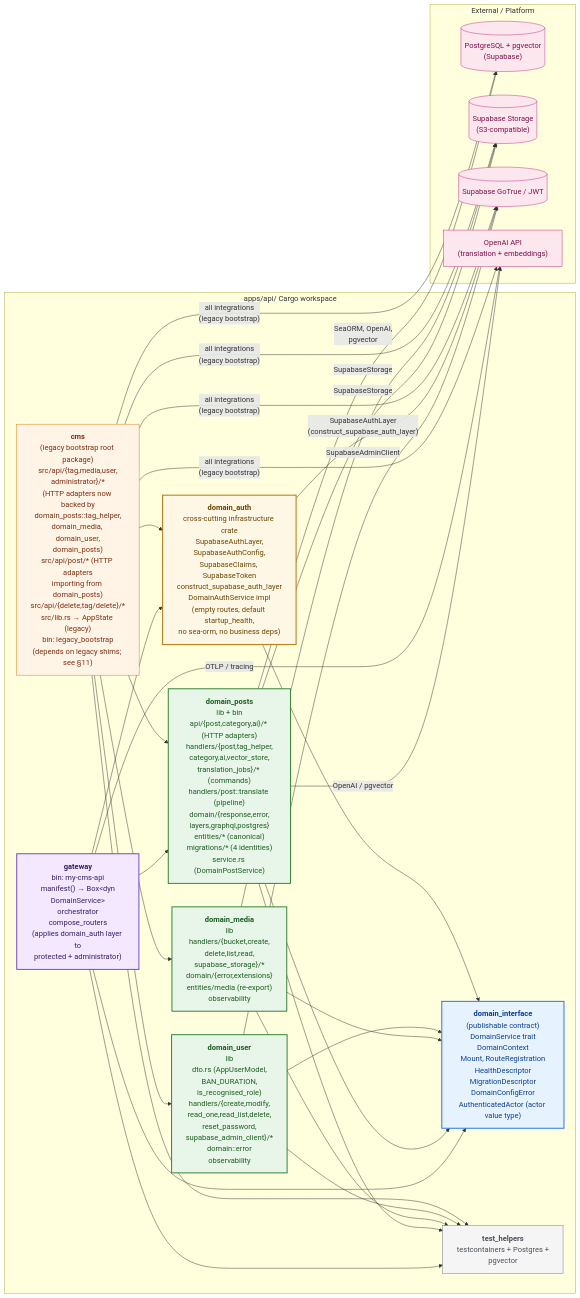
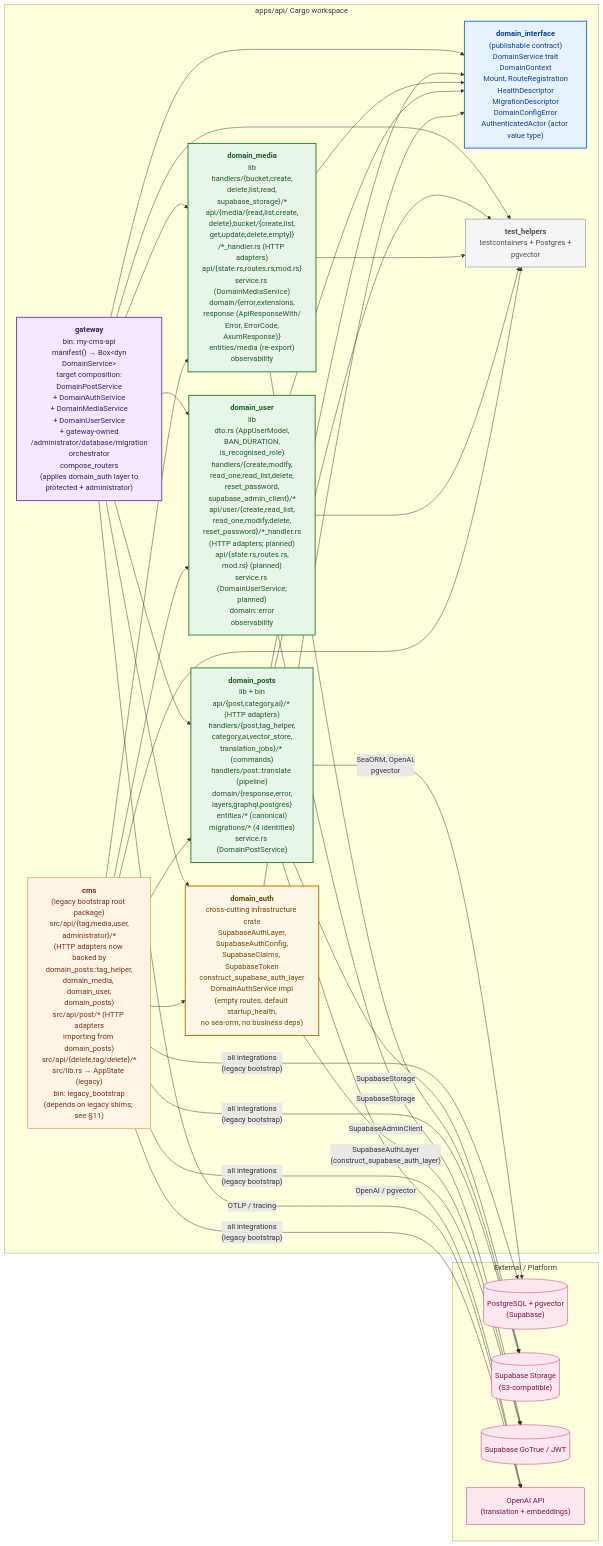
The first of 10 diagrams in docs/api-architecture.md (doitsu2014/my-cms), drawn with Mermaid before and after one commit. The commit also changed other lines of this file and 96 other files, not shown here.

````diff
--- a/docs/api-architecture.md
+++ b/docs/api-architecture.md
@@ -9,70 +11,72 @@
 ```mermaid
 graph LR
     subgraph ws["apps/api/  Cargo workspace"]
         DI["<b>domain_interface</b><br/>(publishable contract)<br/>DomainService trait<br/>DomainContext<br/>Mount, RouteRegistration<br/>HealthDescriptor<br/>MigrationDescriptor<br/>DomainConfigError<br/>AuthenticatedActor (actor value type)"]
         DA["<b>domain_auth</b><br/>cross-cutting infrastructure crate<br/>SupabaseAuthLayer,<br/>SupabaseAuthConfig,<br/>SupabaseClaims, SupabaseToken<br/>construct_supabase_auth_layer<br/>DomainAuthService impl<br/>(empty routes, default startup_health,<br/>no sea-orm, no business deps)"]
         DP["<b>domain_posts</b><br/>lib + bin<br/>api/{post,category,ai}/* (HTTP adapters)<br/>handlers/{post,tag_helper,<br/>category,ai,vector_store,<br/>translation_jobs}/* (commands)<br/>handlers/post::translate (pipeline)<br/>domain/{response,error,<br/>layers,graphql,postgres}<br/>entities/* (canonical)<br/>migrations/* (4 identities)<br/>service.rs (DomainPostService)"]
-        DM["<b>domain_media</b><br/>lib<br/>handlers/{bucket,create,<br/>delete,list,read,<br/>supabase_storage}/*<br/>domain/{error,extensions}<br/>entities/media (re-export)<br/>observability"]
-        DU["<b>domain_user</b><br/>lib<br/>dto.rs (AppUserModel,<br/>BAN_DURATION,<br/>is_recognised_role)<br/>handlers/{create,modify,<br/>read_one,read_list,delete,<br/>reset_password,<br/>supabase_admin_client}/*<br/>domain::error<br/>observability"]
-        GW["<b>gateway</b><br/>bin: my-cms-api<br/>manifest() → Box&lt;dyn<br/>DomainService&gt;<br/>orchestrator<br/>compose_routers<br/>(applies domain_auth layer to<br/>protected + administrator)"]
+        DM["<b>domain_media</b><br/>lib<br/>handlers/{bucket,create,<br/>delete,list,read,<br/>supabase_storage}/*<br/>api/{media/{read,list,create,<br/>delete},bucket/{create,list,<br/>get,update,delete,empty}}<br/>/*_handler.rs (HTTP adapters)<br/>api/{state.rs,routes.rs,mod.rs}<br/>service.rs (DomainMediaService)<br/>domain/{error,extensions,<br/>response (ApiResponseWith/<br/>Error, ErrorCode,<br/>AxumResponse)}<br/>entities/media (re-export)<br/>observability"]
+        DU["<b>domain_user</b><br/>lib<br/>dto.rs (AppUserModel,<br/>BAN_DURATION,<br/>is_recognised_role)<br/>handlers/{create,modify,<br/>read_one,read_list,delete,<br/>reset_password,<br/>supabase_admin_client}/*<br/>api/user/{create,read_list,<br/>read_one,modify,delete,<br/>reset_password}/*_handler.rs<br/>(HTTP adapters; planned)<br/>api/{state.rs,routes.rs,<br/>mod.rs} (planned)<br/>service.rs (DomainUserService;<br/>planned)<br/>domain::error<br/>observability"]
+        GW["<b>gateway</b><br/>bin: my-cms-api<br/>manifest() → Box&lt;dyn<br/>DomainService&gt;<br/>target composition:<br/>DomainPostService<br/>+ DomainAuthService<br/>+ DomainMediaService<br/>+ DomainUserService<br/>+ gateway-owned<br/>/administrator/database/migration<br/>orchestrator<br/>compose_routers<br/>(applies domain_auth layer to<br/>protected + administrator)"]
         TH["<b>test_helpers</b><br/>testcontainers + Postgres +<br/>pgvector"]
         CMS["<b>cms</b><br/>(legacy bootstrap root package)<br/>src/api/{tag,media,user,<br/>administrator}/*<br/>(HTTP adapters now backed by<br/>domain_posts::tag_helper,<br/>domain_media, domain_user,<br/>domain_posts)<br/>src/api/post/* (HTTP adapters<br/>importing from domain_posts)<br/>src/api/{delete,tag/delete}/*<br/>src/lib.rs → AppState (legacy)<br/>bin: legacy_bootstrap<br/>(depends on legacy shims; see §11)"]
     end
 
     subgraph ext["External / Platform"]
         DB[("PostgreSQL + pgvector<br/>(Supabase)")]
         STORE[("Supabase Storage<br/>(S3-compatible)")]
         AUTH[("Supabase GoTrue / JWT")]
         OAI["OpenAI API<br/>(translation + embeddings)"]
     end
 
     GW --> DI
     GW --> DP
     GW --> DA
+    GW --> DM
+    GW --> DU
     GW --> TH
 
     DP --> DI
     DP --> TH
 
     DM --> DI
     DM --> TH
 
     DU --> DI
     DU --> TH
 
     DA --> DI
 
     CMS --> DA
     CMS --> TH
     CMS --> DP
     CMS --> DM
     CMS --> DU
 
     DP -- "SeaORM, OpenAI,<br/>pgvector" --> DB
     DP -- "OpenAI / pgvector" --> OAI
     DP -- "SupabaseStorage" --> STORE
     DM -- "SupabaseStorage" --> STORE
     DU -- "SupabaseAdminClient" --> AUTH
     DA -- "SupabaseAuthLayer<br/>(construct_supabase_auth_layer)" --> AUTH
     GW -- "OTLP / tracing" --> OAI
     CMS -- "all integrations<br/>(legacy bootstrap)" --> DB
     CMS -- "all integrations<br/>(legacy bootstrap)" --> STORE
     CMS -- "all integrations<br/>(legacy bootstrap)" --> AUTH
     CMS -- "all integrations<br/>(legacy bootstrap)" --> OAI
 
     classDef contract fill:#e6f3ff,stroke:#1f6feb,stroke-width:2px,color:#0b3d91
     classDef domain fill:#e8f5e9,stroke:#2e7d32,stroke-width:2px,color:#1b5e20
     classDef infra fill:#fff7e6,stroke:#b07000,stroke-width:2px,color:#6b4500
     classDef gateway fill:#f3e8ff,stroke:#6f42c1,stroke-width:2px,color:#3a1d63
     classDef shim fill:#fff4e6,stroke:#d97706,stroke-width:1px,color:#7c2d12
     classDef ext fill:#fde7ef,stroke:#bf2c7e,stroke-width:1px,color:#7a1148
     classDef helper fill:#f5f5f5,stroke:#6c757d,stroke-width:1px,color:#495057
 
     class DI contract
     class DP,DM,DU domain
     class DA infra
     class GW gateway
     class CMS shim
     class TH helper
     class DB,STORE,AUTH,OAI ext
 ```
````
